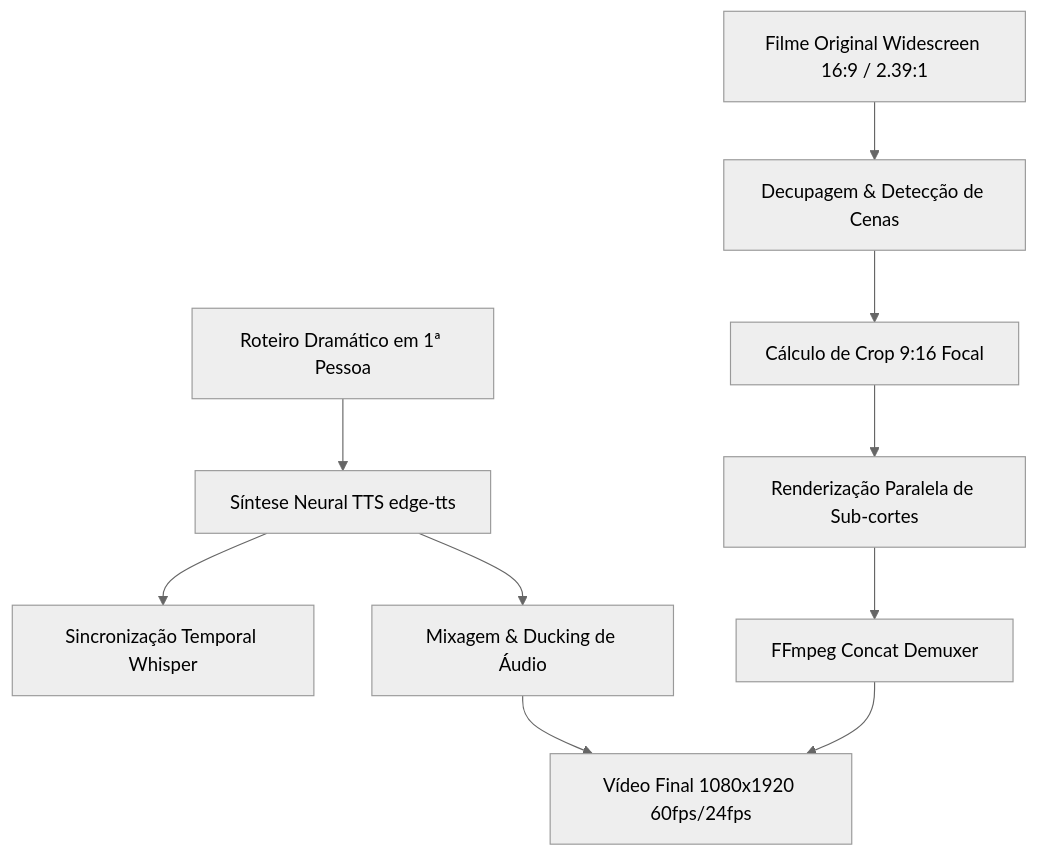
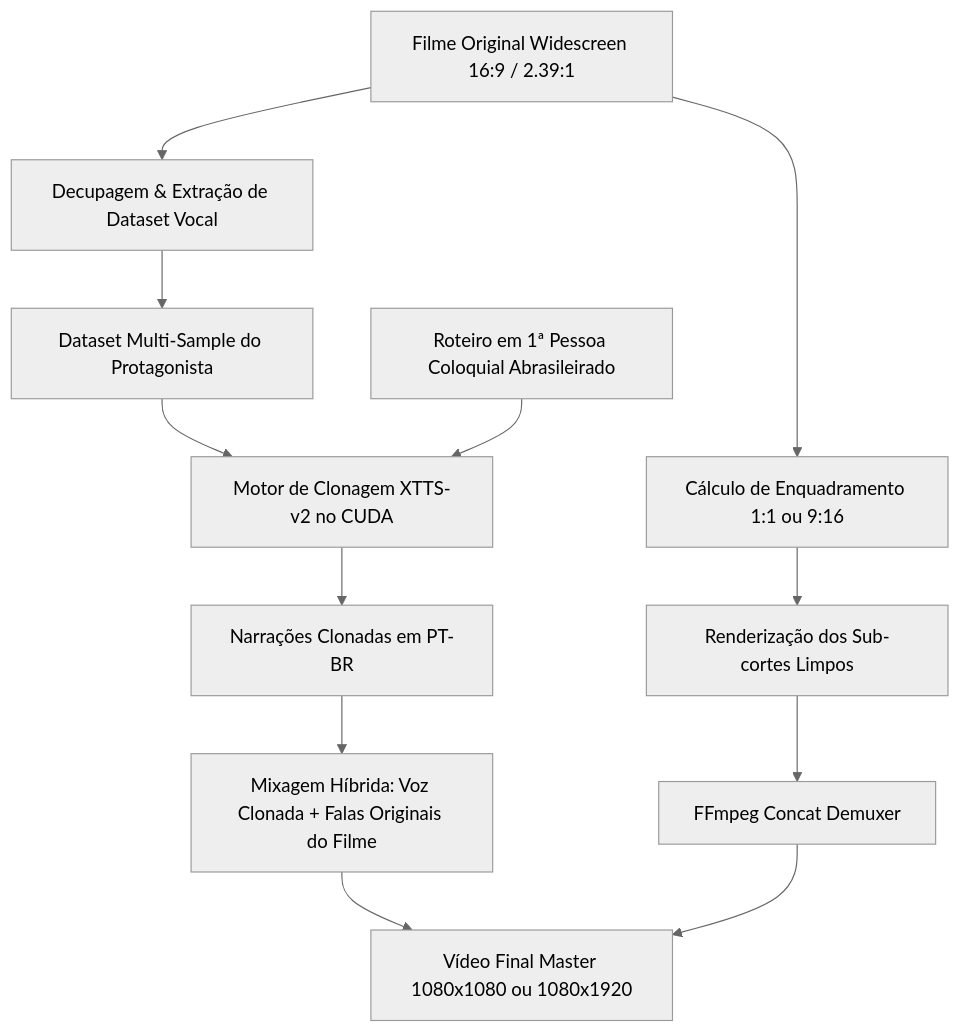
Before and after one commit to Pierre369/RESUMO-DE-FILME: the diagram in README.md, drawn with Mermaid (neutral theme). The commit also changed other lines of this file and 7 other files, not shown here.

Commit message:
feat: add 1:1 square aspect ratio, multi-sample XTTS voice cloning, hybrid audio interleaving and app blueprint

````diff
--- a/README.md
+++ b/README.md
@@ -26,14 +26,17 @@
 ```mermaid
 flowchart TD
-    A[Filme Original Widescreen 16:9 / 2.39:1] --> B[Decupagem & Detecção de Cenas]
-    C[Roteiro Dramático em 1ª Pessoa] --> D[Síntese Neural TTS edge-tts]
-    D --> E[Sincronização Temporal Whisper]
+    A[Filme Original Widescreen 16:9 / 2.39:1] --> B[Decupagem & Extração de Dataset Vocal]
+    B --> C[Dataset Multi-Sample do Protagonista]
+    C --> D[Motor de Clonagem XTTS-v2 no CUDA]
     
-    B --> F[Cálculo de Crop 9:16 Focal]
-    F --> G[Renderização Paralela de Sub-cortes]
+    E[Roteiro em 1ª Pessoa Coloquial Abrasileirado] --> D
+    D --> F[Narrações Clonadas em PT-BR]
     
-    G --> H[FFmpeg Concat Demuxer]
-    D --> I[Mixagem & Ducking de Áudio]
-    H --> J[Vídeo Final 1080x1920 60fps/24fps]
-    I --> J
+    A --> G[Cálculo de Enquadramento 1:1 ou 9:16]
+    G --> H[Renderização dos Sub-cortes Limpos]
+    
+    F --> I[Mixagem Híbrida: Voz Clonada + Falas Originais do Filme]
+    H --> J[FFmpeg Concat Demuxer]
+    I --> K[Vídeo Final Master 1080x1080 ou 1080x1920]
+    J --> K
 ```
````
